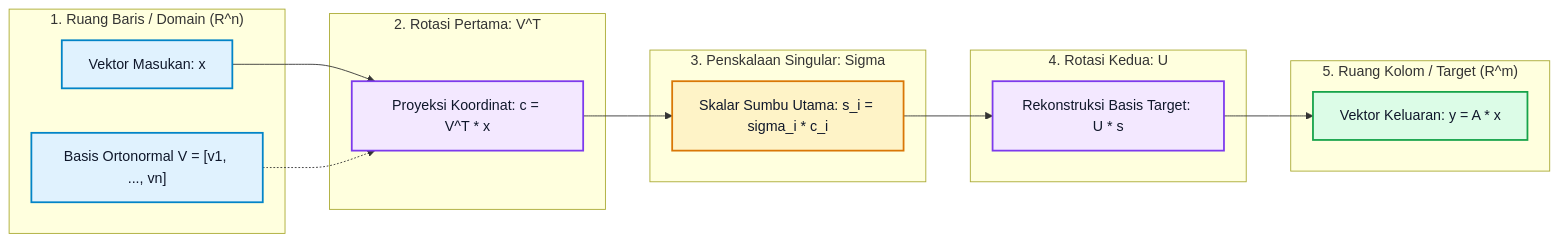
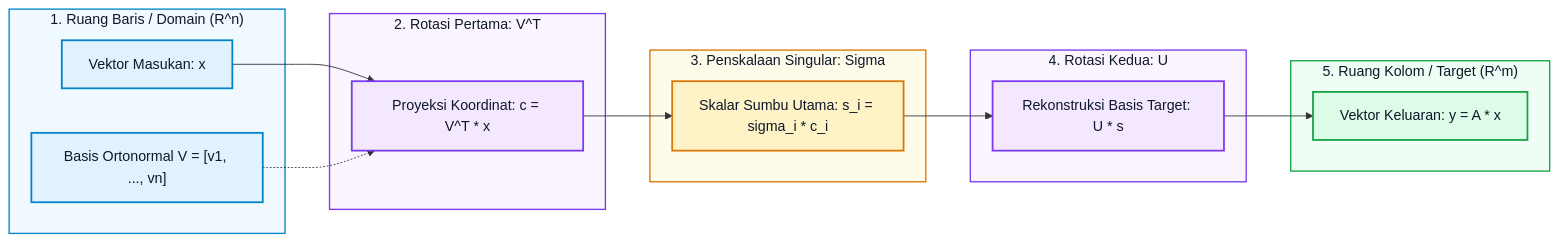
The diagram in curriculum/01-fondasi-matematika/011-aljabar-linier-teori-matriks.md (Rizki2204/ultimate-learning-paths), drawn with Mermaid before and after one commit. The commit also changed 11 other files, not shown here.

Commit message:
fix(pilot-011): eliminate control characters, consolidate math derivations, and enforce mermaid dark mode contrast

````diff
--- a/curriculum/01-fondasi-matematika/011-aljabar-linier-teori-matriks.md
+++ b/curriculum/01-fondasi-matematika/011-aljabar-linier-teori-matriks.md
@@ -328,39 +328,45 @@
 ```mermaid
 flowchart LR
     subgraph InputSpace ["1. Ruang Baris / Domain (R^n)"]
         x["Vektor Masukan: x"]
         Vbasis["Basis Ortonormal V = [v1, ..., vn]"]
     end
 
     subgraph Rotation1 ["2. Rotasi Pertama: V^T"]
         VT["Proyeksi Koordinat: c = V^T * x"]
     end
 
     subgraph Stretching ["3. Penskalaan Singular: Sigma"]
         Sigma["Skalar Sumbu Utama: s_i = sigma_i * c_i"]
     end
 
     subgraph Rotation2 ["4. Rotasi Kedua: U"]
         U["Rekonstruksi Basis Target: U * s"]
     end
 
     subgraph OutputSpace ["5. Ruang Kolom / Target (R^m)"]
         y["Vektor Keluaran: y = A * x"]
     end
 
     x --> VT
     Vbasis -.-> VT
     VT --> Sigma
     Sigma --> U
     U --> y
 
     classDef domainNode fill:#e0f2fe,stroke:#0284c7,stroke-width:2px,color:#0f172a;
     classDef opNode fill:#f3e8ff,stroke:#7c3aed,stroke-width:2px,color:#0f172a;
     classDef scaleNode fill:#fef3c7,stroke:#d97706,stroke-width:2px,color:#0f172a;
     classDef targetNode fill:#dcfce7,stroke:#16a34a,stroke-width:2px,color:#0f172a;
 
     class x,Vbasis domainNode;
     class VT,U opNode;
     class Sigma scaleNode;
     class y targetNode;
+
+    style InputSpace fill:#f0f9ff,stroke:#0284c7,stroke-width:1.5px,color:#0f172a;
+    style Rotation1 fill:#faf5ff,stroke:#7c3aed,stroke-width:1.5px,color:#0f172a;
+    style Stretching fill:#fffbeb,stroke:#d97706,stroke-width:1.5px,color:#0f172a;
+    style Rotation2 fill:#faf5ff,stroke:#7c3aed,stroke-width:1.5px,color:#0f172a;
+    style OutputSpace fill:#f0fdf4,stroke:#16a34a,stroke-width:1.5px,color:#0f172a;
 ```
````
